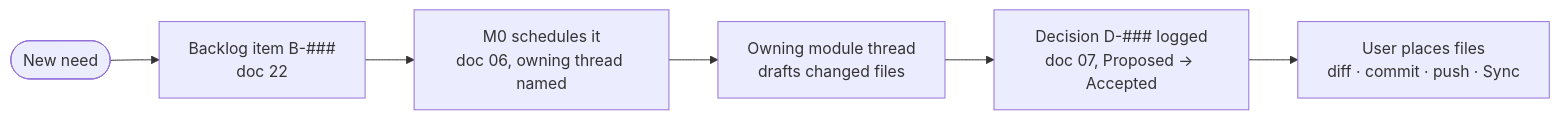
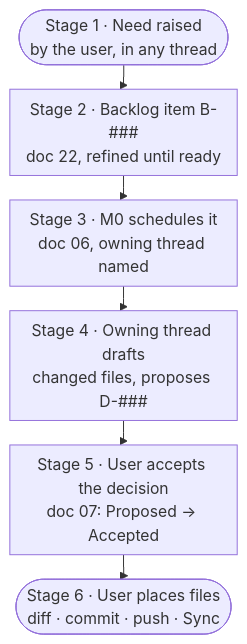
Diagram 16 of 16 in mine/projects/thinking-system/23 Product Requirements.md (quocnguyen13/second-brain), drawn with Mermaid before and after one commit. The commit also changed other lines of this file and 5 other files, not shown here.

````diff
--- a/mine/projects/thinking-system/23 Product Requirements.md
+++ b/mine/projects/thinking-system/23 Product Requirements.md
@@ -874,8 +953,9 @@
 ```mermaid
-flowchart LR
-    N(["New need"]) --> B["Backlog item B-###<br/>doc 22"]
-    B --> M0["M0 schedules it<br/>doc 06, owning thread named"]
-    M0 --> T["Owning module thread<br/>drafts changed files"]
-    T --> D["Decision D-### logged<br/>doc 07, Proposed → Accepted"]
-    D --> V["User places files<br/>diff · commit · push · Sync"]
+%%{init: {"flowchart": {"curve": "step", "useMaxWidth": true, "nodeSpacing": 12, "rankSpacing": 25, "padding": 8, "subGraphTitleMargin": {"top": 4, "bottom": 8}}}}%%
+flowchart TB
+    N(["Stage 1 · Need raised<br/>by the user, in any thread"]) --> B["Stage 2 · Backlog item B-###<br/>doc 22, refined until ready"]
+    B --> M0["Stage 3 · M0 schedules it<br/>doc 06, owning thread named"]
+    M0 --> T["Stage 4 · Owning thread drafts<br/>changed files, proposes D-###"]
+    T --> D["Stage 5 · User accepts the decision<br/>doc 07: Proposed → Accepted"]
+    D --> V(["Stage 6 · User places files<br/>diff · commit · push · Sync"])
 ```
````
